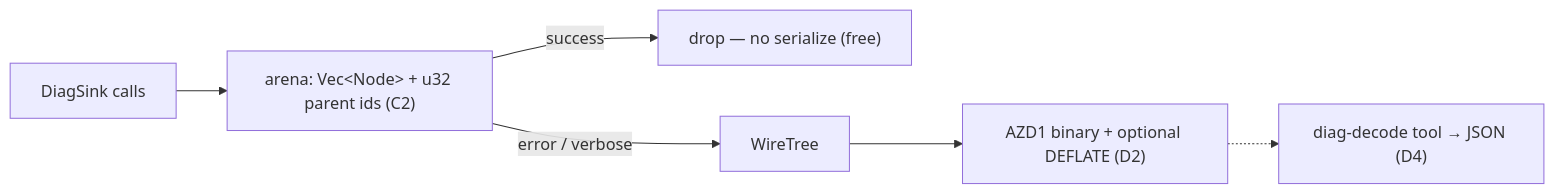
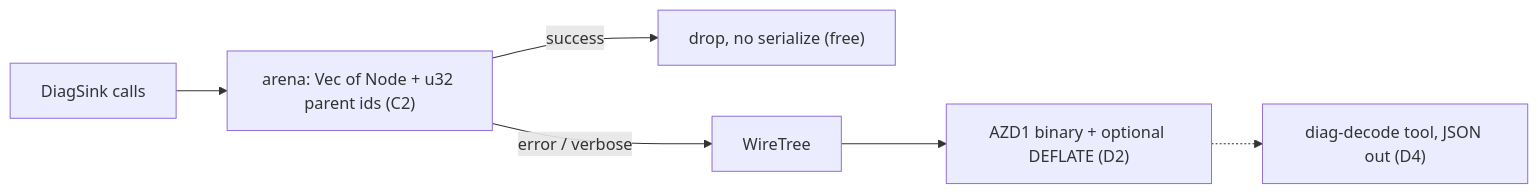
One commit to NaluTripician/azure-sdk-for-rust changed the second of 3 diagrams in DIAGNOSTICS-POC-REPORT.md. Above: the diagram before and after it, drawn with Mermaid. The commit also changed other lines of this file, not shown here.

First line of the commit message:
Rename combos to descriptive names; fix mermaid labels

````diff
--- a/DIAGNOSTICS-POC-REPORT.md
+++ b/DIAGNOSTICS-POC-REPORT.md
@@ -173,7 +174,7 @@
 ```mermaid
 flowchart LR
-  D[DiagSink calls] --> A["arena: Vec&lt;Node&gt; + u32 parent ids (C2)"]
-  A -->|success| X["drop — no serialize (free)"]
+  D[DiagSink calls] --> A["arena: Vec of Node + u32 parent ids (C2)"]
+  A -->|success| X["drop, no serialize (free)"]
   A -->|error / verbose| W[WireTree] --> B["AZD1 binary + optional DEFLATE (D2)"]
-  B -.-> T["diag-decode tool → JSON (D4)"]
+  B -.-> T["diag-decode tool, JSON out (D4)"]
 ```
````
